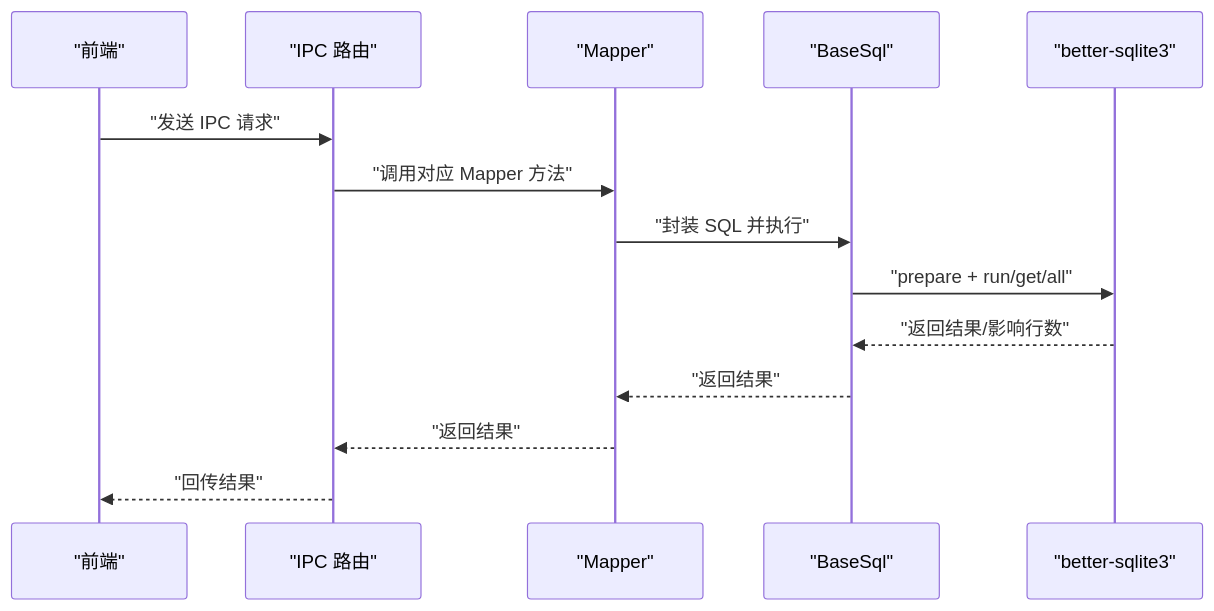
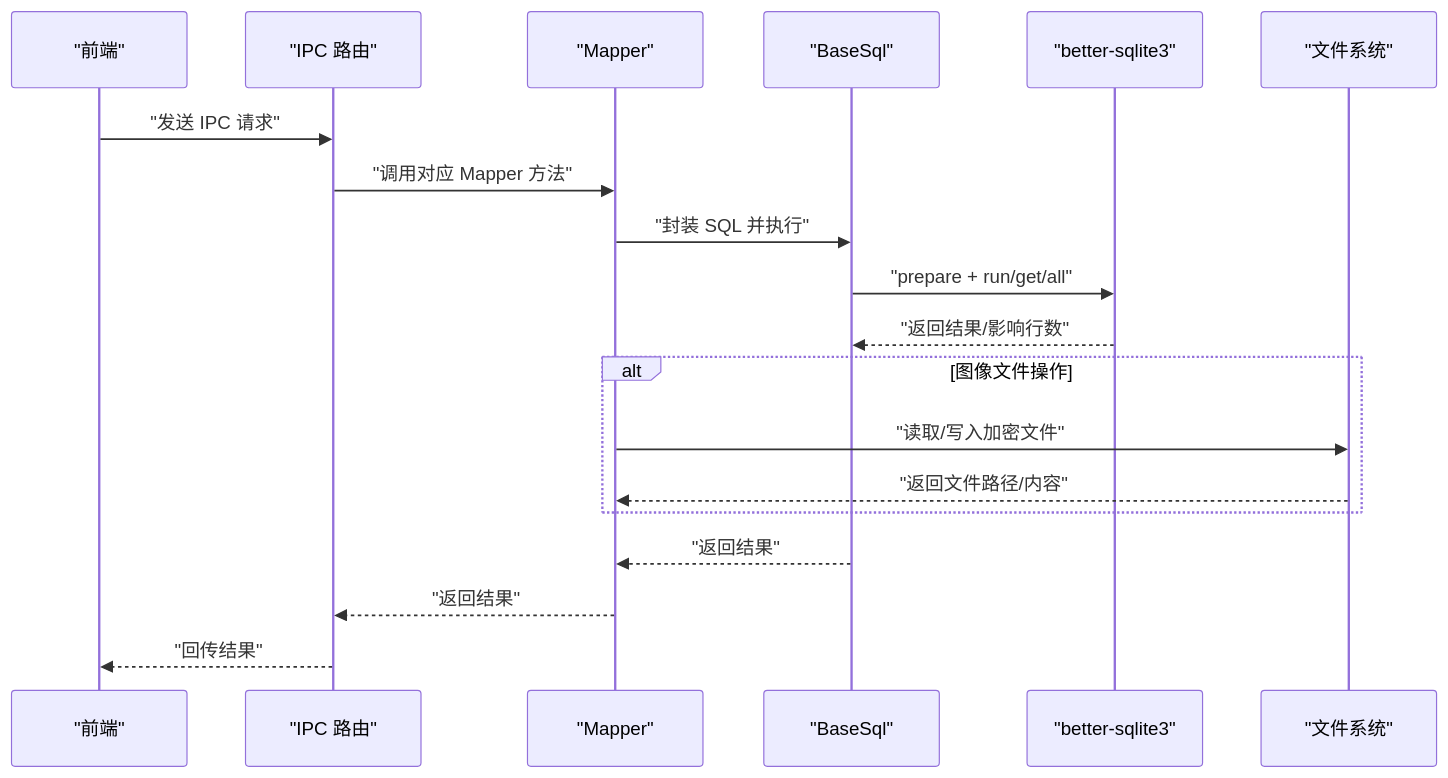
The second of 6 diagrams in .qoder/repowiki/zh/content/数据库系统/数据库系统.md (scgithub3220216/password-manager), drawn with Mermaid before and after one commit. The commit also changed other lines of this file and 17 other files, not shown here.

````diff
--- a/.qoder/repowiki/zh/content/数据库系统/数据库系统.md
+++ b/.qoder/repowiki/zh/content/数据库系统/数据库系统.md
@@ -122,16 +143,21 @@
 ```mermaid
 sequenceDiagram
 participant FE as "前端"
 participant IPC as "IPC 路由"
 participant MAP as "Mapper"
 participant BASE as "BaseSql"
 participant DB as "better-sqlite3"
+participant FILE as "文件系统"
 FE->>IPC : "发送 IPC 请求"
 IPC->>MAP : "调用对应 Mapper 方法"
 MAP->>BASE : "封装 SQL 并执行"
 BASE->>DB : "prepare + run/get/all"
 DB-->>BASE : "返回结果/影响行数"
+alt 图像文件操作
+MAP->>FILE : "读取/写入加密文件"
+FILE-->>MAP : "返回文件路径/内容"
+end
 BASE-->>MAP : "返回结果"
 MAP-->>IPC : "返回结果"
 IPC-->>FE : "回传结果"
 ```
````
